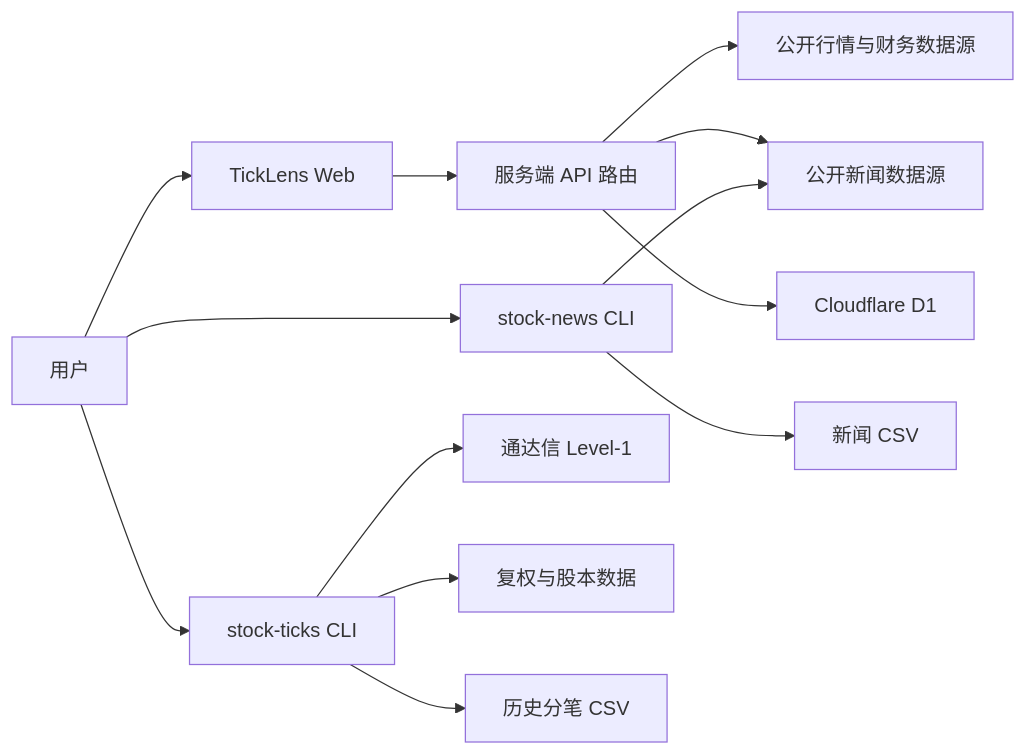
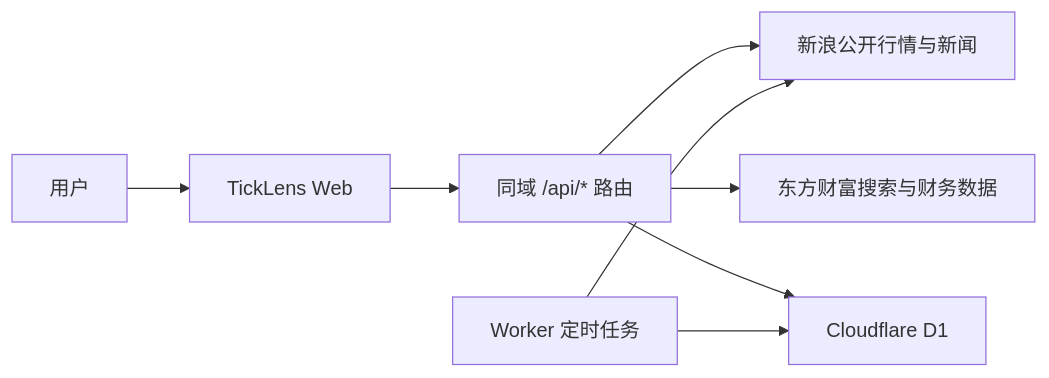
Before and after one commit to weipeng-srz/TransactionData: the diagram in docs/architecture.md, drawn with Mermaid. The commit also changed other lines of this file and 37 other files, not shown here.

````diff
--- a/docs/architecture.md
+++ b/docs/architecture.md
@@ -7,18 +7,10 @@
 ```mermaid
 flowchart LR
     U["用户"] --> W["TickLens Web"]
-    U --> T["stock-ticks CLI"]
-    U --> N["stock-news CLI"]
-
-    W --> WA["服务端 API 路由"]
-    WA --> RM["公开行情与财务数据源"]
-    WA --> RN["公开新闻数据源"]
-    WA --> D1["Cloudflare D1"]
-
-    T --> TDX["通达信 Level-1"]
-    T --> CD["复权与股本数据"]
-    T --> TC["历史分笔 CSV"]
-
-    N --> RN
-    N --> NC["新闻 CSV"]
+    W --> API["同域 /api/* 路由"]
+    API --> S["新浪公开行情与新闻"]
+    API --> E["东方财富搜索与财务数据"]
+    API --> D1["Cloudflare D1"]
+    CRON["Worker 定时任务"] --> S
+    CRON --> D1
 ```
````
